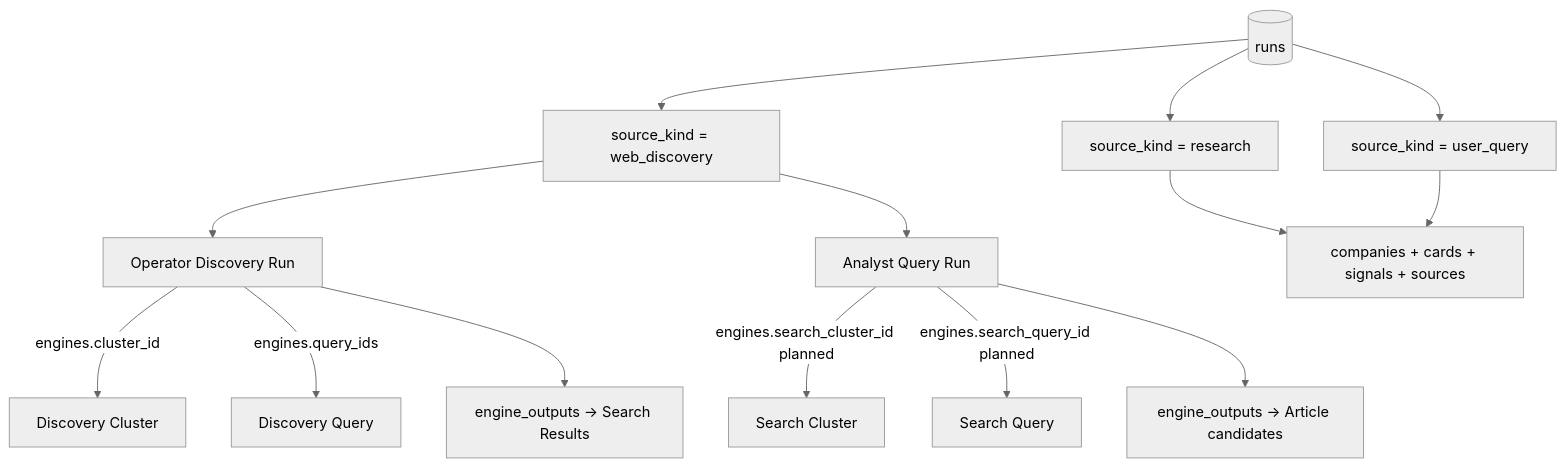
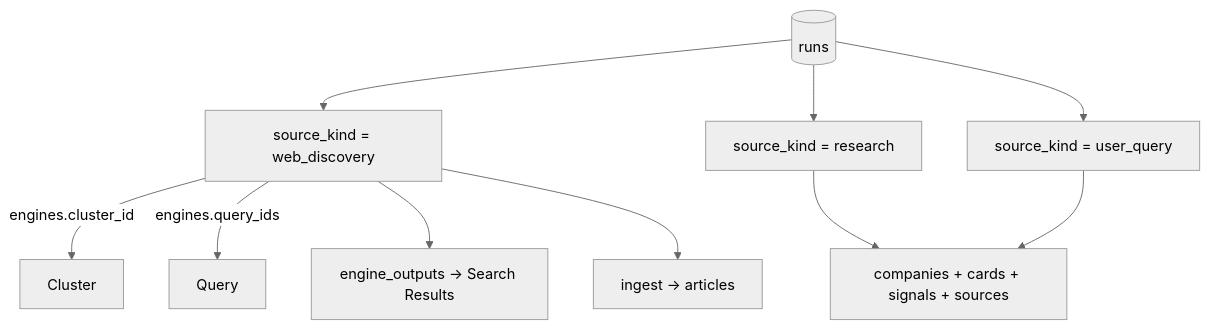
Before and after one commit to Growth-Maschine/NORAD-INTEL-ENGINE-V1: the seventh of 9 diagrams in docs/phase-1/P1-04-admin.md, drawn with Mermaid (neutral theme). The commit also changed other lines of this file and 9 other files, not shown here.

````diff
--- a/docs/phase-1/P1-04-admin.md
+++ b/docs/phase-1/P1-04-admin.md
@@ -841,22 +841,16 @@
 ```mermaid
 flowchart TD
     RUNS[(runs)]
 
     RUNS --> WD[source_kind = web_discovery]
     RUNS --> RS[source_kind = research]
     RUNS --> UQ[source_kind = user_query]
 
-    WD --> OPR[Operator Discovery Run]
-    WD --> ANA[Analyst Query Run]
-
-    OPR --> |engines.cluster_id| DC[Discovery Cluster]
-    OPR --> |engines.query_ids| DQ[Discovery Query]
-    OPR --> OUT1[engine_outputs → Search Results]
-
-    ANA --> |engines.search_cluster_id planned| SC[Search Cluster]
-    ANA --> |engines.search_query_id planned| SQ[Search Query]
-    ANA --> OUT2[engine_outputs → Article candidates]
+    WD --> |engines.cluster_id| CL[Cluster]
+    WD --> |engines.query_ids| Q[Query]
+    WD --> OUT1[engine_outputs → Search Results]
+    WD --> OUT2[ingest → articles]
 
     RS --> OUT3[companies + cards + signals + sources]
     UQ --> OUT3
 ```
````
